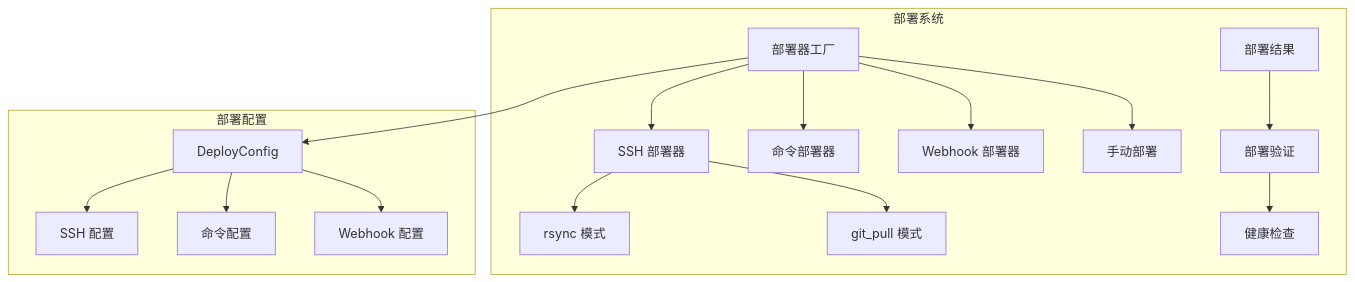
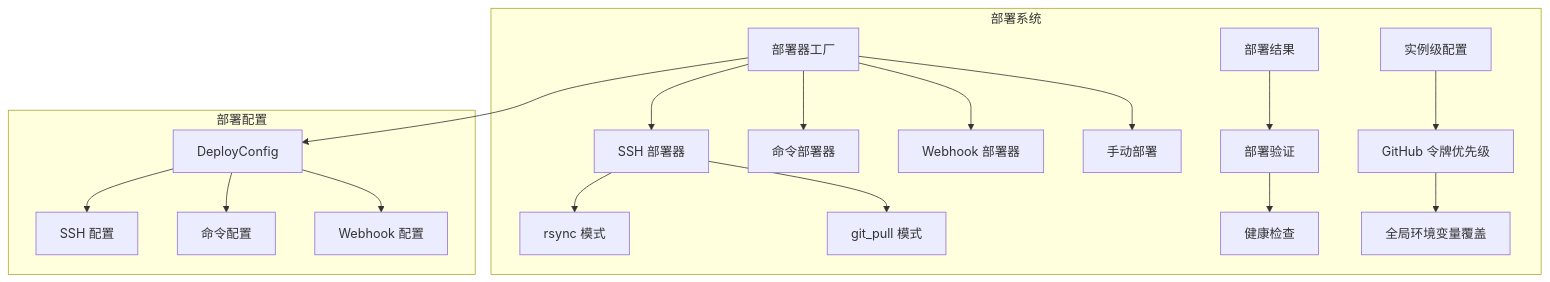
Before and after one commit to pinsonchen/vivify: the eighth of 9 diagrams in .qoder/repowiki/zh/content/技术实现参考/配置文件更新/配置文件更新.md, drawn with Mermaid. The commit also changed other lines of this file and 5 other files, not shown here.

````diff
--- a/.qoder/repowiki/zh/content/技术实现参考/配置文件更新/配置文件更新.md
+++ b/.qoder/repowiki/zh/content/技术实现参考/配置文件更新/配置文件更新.md
@@ -583,19 +639,21 @@
 ```mermaid
 graph TB
 subgraph "部署系统"
 A[部署器工厂] --> B[SSH 部署器]
 A --> C[命令部署器]
 A --> D[Webhook 部署器]
 A --> E[手动部署]
 B --> F[rsync 模式]
 B --> G[git_pull 模式]
 H[部署结果] --> I[部署验证]
 I --> J[健康检查]
+K[实例级配置] --> L[GitHub 令牌优先级]
+L --> M[全局环境变量覆盖]
 end
 subgraph "部署配置"
-K[DeployConfig] --> L[SSH 配置]
-K --> M[命令配置]
-K --> N[Webhook 配置]
+N[DeployConfig] --> O[SSH 配置]
+N --> P[命令配置]
+N --> Q[Webhook 配置]
 end
-A --> K
+A --> N
 ```
````
